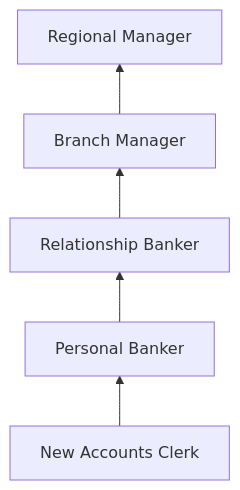
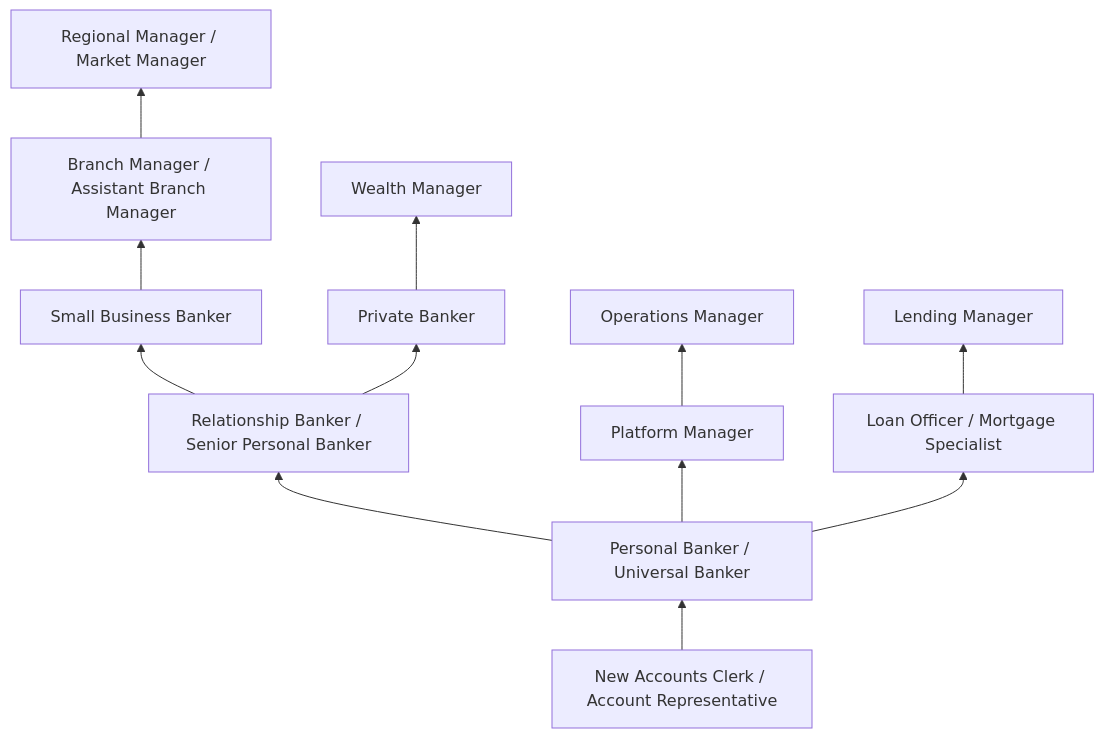
One commit to kziemski/business.org.ai changed the third of 4 diagrams in occupations/Administrative/NewAccountsClerks.mdx. Above: the diagram before and after it, drawn with Mermaid. The commit also changed other lines of this file and 19 other files, not shown here.

````diff
--- a/occupations/Administrative/NewAccountsClerks.mdx
+++ b/occupations/Administrative/NewAccountsClerks.mdx
@@ -74,7 +136,17 @@
 ```mermaid
 graph BT
-    Entry["New Accounts Clerk"] --> Mid["Personal Banker"]
-    Mid --> Senior["Relationship Banker"]
-    Senior --> Manager["Branch Manager"]
-    Manager --> Regional["Regional Manager"]
+    Entry["New Accounts Clerk / Account Representative"] --> Mid["Personal Banker / Universal Banker"]
+    Mid --> Senior["Relationship Banker / Senior Personal Banker"]
+    Senior --> Small["Small Business Banker"]
+    Small --> Manager["Branch Manager / Assistant Branch Manager"]
+    Manager --> Regional["Regional Manager / Market Manager"]
+
+    Mid --> Platform["Platform Manager"]
+    Platform --> Ops["Operations Manager"]
+
+    Senior --> Private["Private Banker"]
+    Private --> Wealth["Wealth Manager"]
+
+    Mid --> LO["Loan Officer / Mortgage Specialist"]
+    LO --> LOManager["Lending Manager"]
 ```
````
